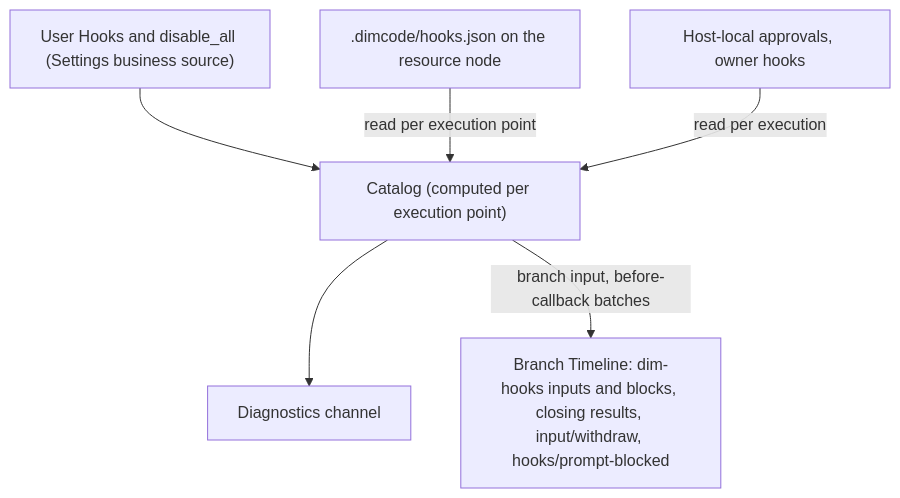
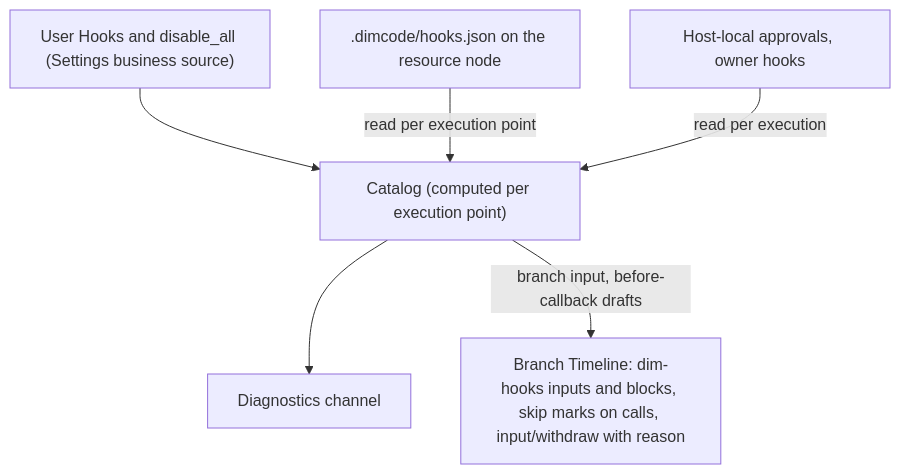
Before and after one commit to CoutinhoTTS/dim-agent: the second of 7 diagrams in docs/design/plugins/Hooks.md, drawn with Mermaid. The commit also changed other lines of this file and 42 other files, not shown here.

````diff
--- a/docs/design/plugins/Hooks.md
+++ b/docs/design/plugins/Hooks.md
@@ -53,14 +53,14 @@
 ```mermaid
 flowchart TB
   UserCfg["User Hooks and disable_all (Settings business source)"]
   ProjFile[".dimcode/hooks.json on the resource node"]
   Grants["Host-local approvals, owner hooks"]
   Catalog["Catalog (computed per execution point)"]
   Diag["Diagnostics channel"]
-  TL["Branch Timeline: dim-hooks inputs and blocks, closing results, input/withdraw, hooks/prompt-blocked"]
+  TL["Branch Timeline: dim-hooks inputs and blocks, skip marks on calls, input/withdraw with reason"]
   UserCfg --> Catalog
   ProjFile -->|"read per execution point"| Catalog
   Grants -->|"read per execution"| Catalog
   Catalog --> Diag
-  Catalog -->|"branch input, before-callback batches"| TL
+  Catalog -->|"branch input, before-callback drafts"| TL
 ```
````
